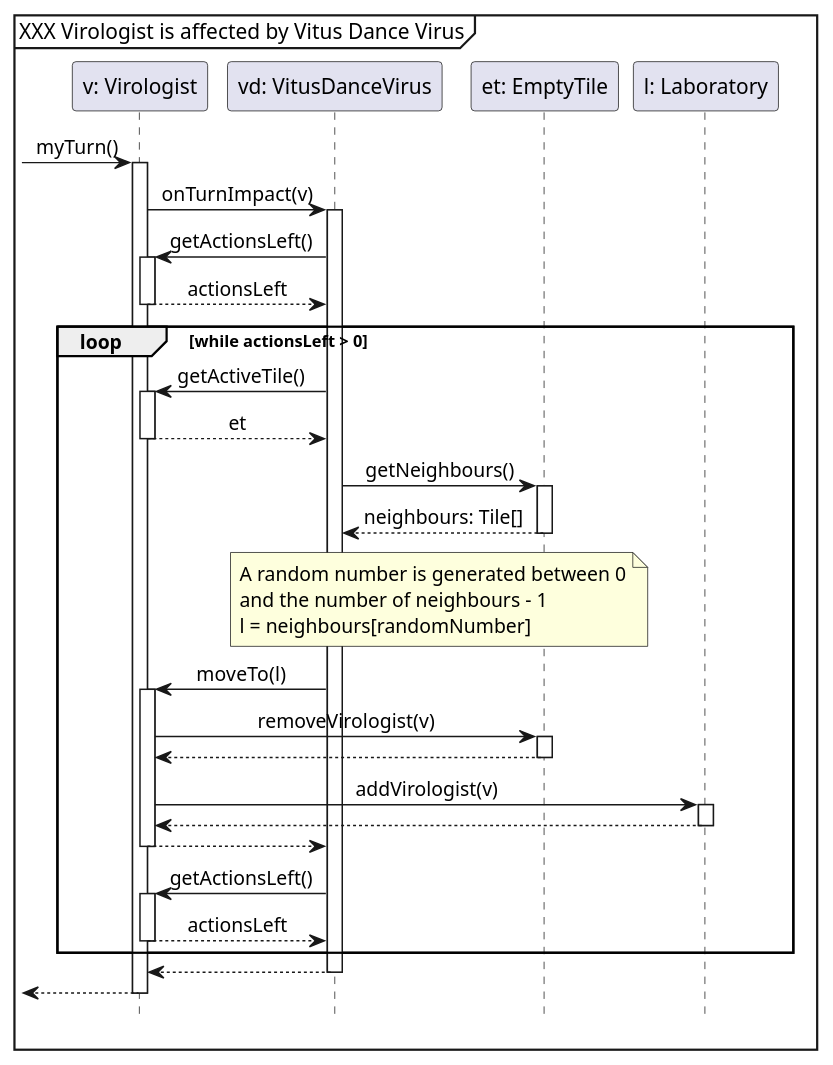
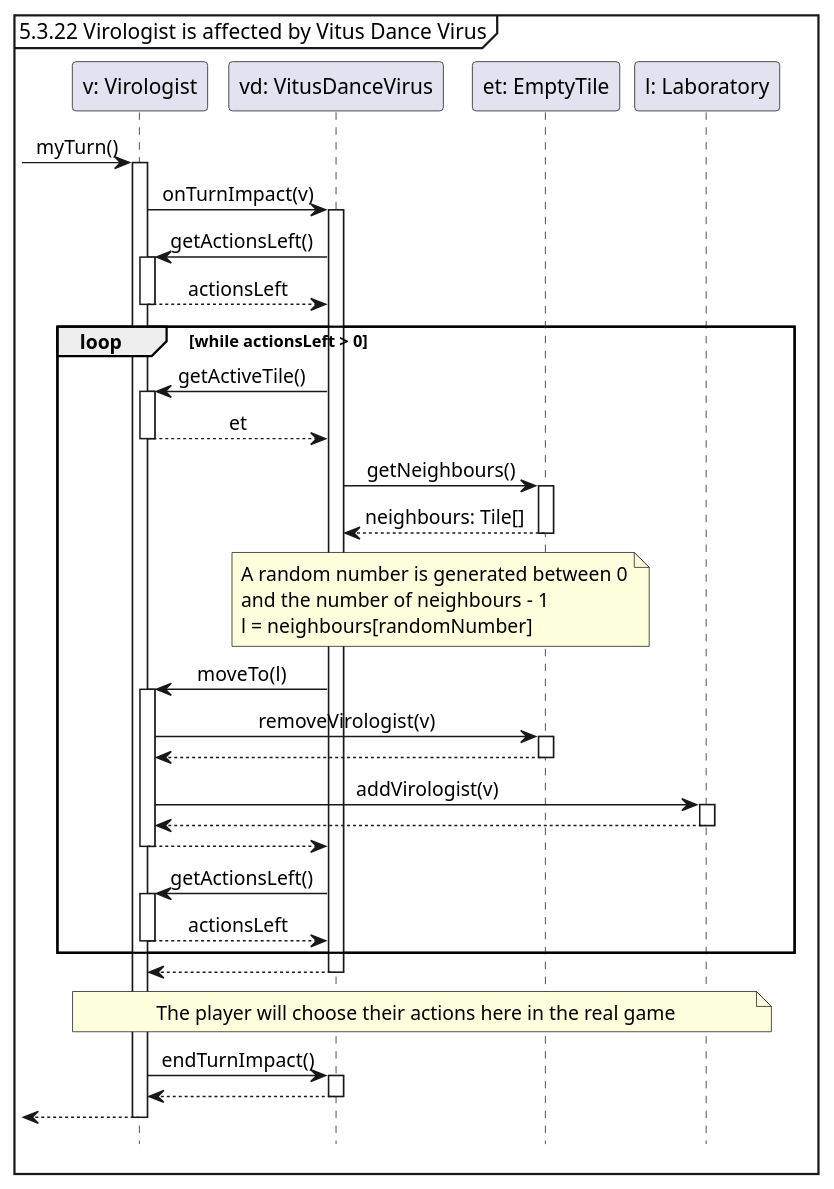
The diagram in docs/testCases/sequences/vitusDanceOnTurnImpact.puml (Tschonti/503-service-unavailable), drawn with PlantUML before and after one commit. The commit also changed 14 other files, not shown here.

```diff
--- a/docs/testCases/sequences/vitusDanceOnTurnImpact.puml
+++ b/docs/testCases/sequences/vitusDanceOnTurnImpact.puml
@@ -1,38 +1,42 @@
 @startuml
 'https://plantuml.com/sequence-diagram
 hide footbox
 skinparam sequenceMessageAlign center
 
-mainframe XXX Virologist is affected by Vitus Dance Virus
+mainframe 5.3.22 Virologist is affected by Vitus Dance Virus
 
 participant "v: Virologist" as v
 participant "vd: VitusDanceVirus" as vd
 participant "et: EmptyTile" as et
 participant "l: Laboratory" as l
 
 -> v ++: myTurn()
     v -> vd ++: onTurnImpact(v)
         vd -> v ++: getActionsLeft()
         return actionsLeft
         loop while actionsLeft > 0
             vd -> v ++: getActiveTile()
             return et
             vd -> et ++: getNeighbours()
             return neighbours: Tile[]
             note over vd, et
              A random number is generated between 0
              and the number of neighbours - 1
              l = neighbours[randomNumber]
             end note
             vd -> v ++: moveTo(l)
                 v -> et ++ : removeVirologist(v)
                 return
                 v -> l ++ : addVirologist(v)
                 return
             return
             vd -> v ++: getActionsLeft()
             return actionsLeft
         end
     return
+    note across : The player will choose their actions here in the real game
+
+    v -> vd ++ : endTurnImpact()
+    return
 return
 @enduml
```
